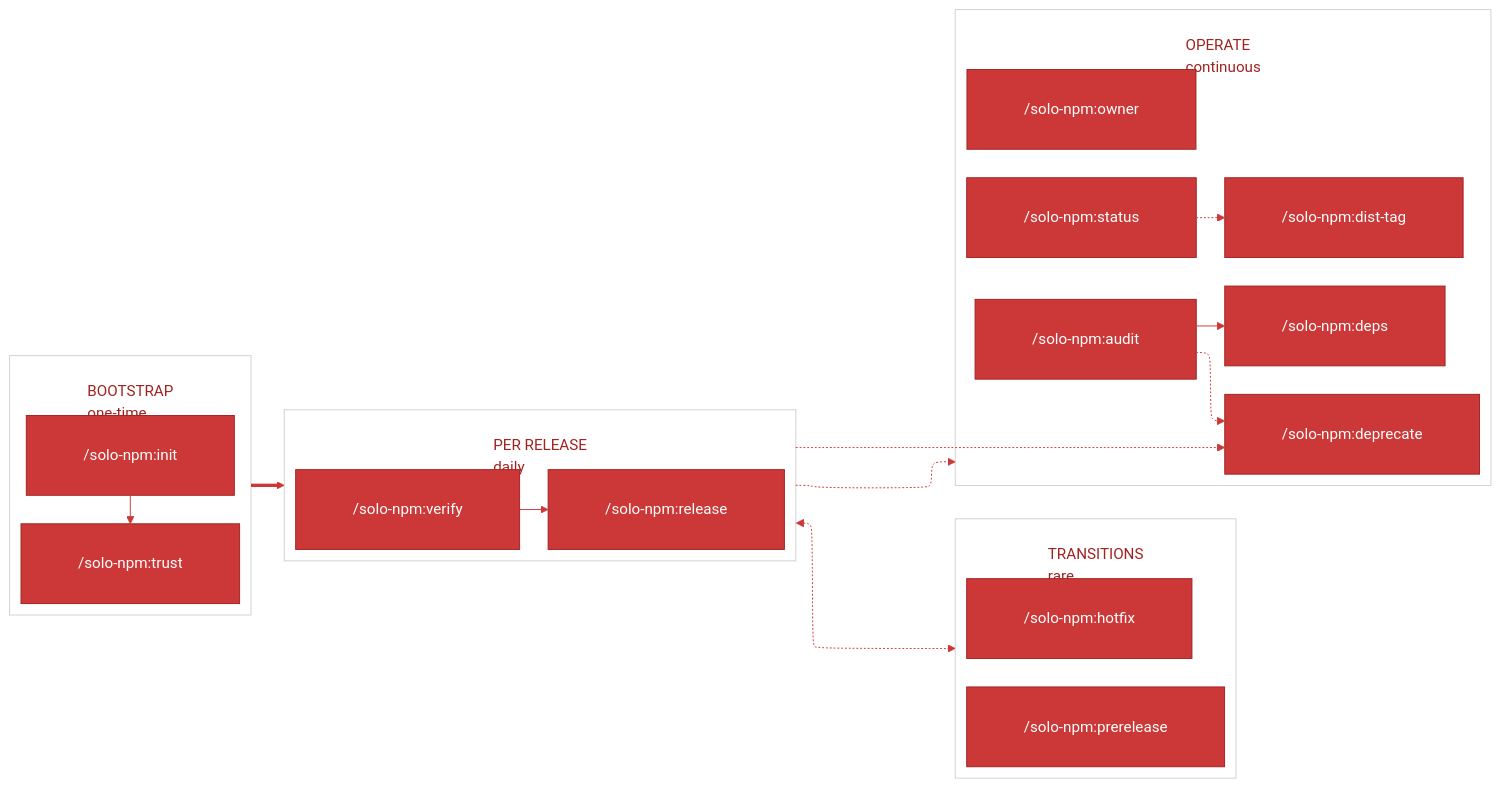
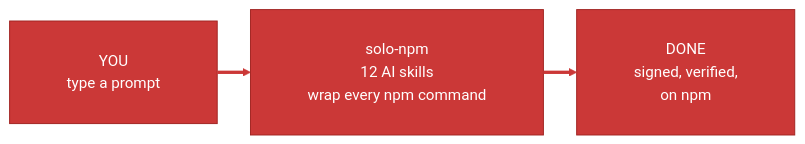
Before and after one commit to gagle/solo-npm: the diagram in resources/diagrams/lifecycle.mmd, drawn with Mermaid. The commit also changed 5 other files, not shown here.

First line of the commit message:
docs(diagrams): visibility fix + sales-pitch lifecycle redesign

```diff
--- a/resources/diagrams/lifecycle.mmd
+++ b/resources/diagrams/lifecycle.mmd
@@ -1,51 +1,26 @@
 %%{init: {'theme':'base','themeVariables':{
   'primaryColor':'#cb3837',
   'primaryTextColor':'#ffffff',
   'primaryBorderColor':'#a02320',
   'lineColor':'#cb3837',
   'secondaryColor':'#a02320',
+  'secondaryTextColor':'#ffffff',
+  'secondaryBorderColor':'#7d1c1a',
   'tertiaryColor':'#7d1c1a',
+  'tertiaryTextColor':'#ffffff',
+  'tertiaryBorderColor':'#5a1413',
   'background':'transparent',
   'mainBkg':'#cb3837',
   'secondBkg':'#a02320',
-  'tertiaryBkg':'transparent',
+  'tertiaryBkg':'#7d1c1a',
   'clusterBkg':'transparent',
   'clusterBorder':'#d0d0d0',
   'titleColor':'#a02320',
   'edgeLabelBackground':'#ffffff',
   'fontFamily':'ui-monospace, monospace'
-},'flowchart':{'defaultRenderer':'elk','padding':30,'nodeSpacing':50,'rankSpacing':60,'subGraphTitleMargin':{'top':25,'bottom':25}},'themeCSS':'.cluster rect { rx: 8; ry: 8; fill: transparent !important; stroke: #d0d0d0 !important; stroke-width: 1.5px; } .node rect { rx: 8; ry: 8; } .edgeLabel { color: #a02320 !important; } .edgeLabel p { color: #a02320 !important; } .edgeLabel rect, .edgeLabel foreignObject > div { background-color: #ffffff !important; }'}}%%
+},'flowchart':{'defaultRenderer':'elk','padding':30,'nodeSpacing':50,'rankSpacing':60,'subGraphTitleMargin':{'top':25,'bottom':25}},'themeCSS':'.cluster rect { rx: 8; ry: 8; fill: transparent !important; stroke: #d0d0d0 !important; stroke-width: 1.5px; } .node rect, .node polygon, .node ellipse, .node circle { rx: 8; ry: 8; } .node .label, .node .label p, .nodeLabel, .nodeLabel p { color: #ffffff !important; fill: #ffffff !important; } .cluster-label, .cluster-label p, .clusterLabel, .clusterLabel p { color: #a02320 !important; fill: #a02320 !important; } .edgeLabel { color: #a02320 !important; } .edgeLabel p { color: #a02320 !important; } .edgeLabel rect, .edgeLabel foreignObject > div { background-color: #ffffff !important; }'}}%%
 flowchart LR
-    subgraph BS["BOOTSTRAP<br/>one-time"]
-        direction TB
-        init["/solo-npm:init"]
-        trust["/solo-npm:trust"]
-        init --> trust
-    end
-    subgraph PR["PER RELEASE<br/>daily"]
-        direction TB
-        verify["/solo-npm:verify"]
-        release["/solo-npm:release"]
-        verify --> release
-    end
-    subgraph LT["TRANSITIONS<br/>rare"]
-        direction TB
-        prerelease["/solo-npm:prerelease"]
-        hotfix["/solo-npm:hotfix"]
-    end
-    subgraph OP["OPERATE<br/>continuous"]
-        direction TB
-        status["/solo-npm:status"]
-        audit["/solo-npm:audit"]
-        deps["/solo-npm:deps"]
-        distTag["/solo-npm:dist-tag"]
-        deprecate["/solo-npm:deprecate"]
-        owner["/solo-npm:owner"]
-        audit --> deps
-        audit -.-> deprecate
-        status -.-> distTag
-    end
-    BS ==> PR
-    PR <-.auto-chain.-> LT
-    PR -.cache-aware.-> OP
-    PR -.post-major.-> deprecate
+    you["YOU<br/>type a prompt"]
+    sn["solo-npm<br/>12 AI skills<br/>wrap every npm command"]
+    done["DONE<br/>signed, verified,<br/>on npm"]
+    you ==> sn ==> done
```
